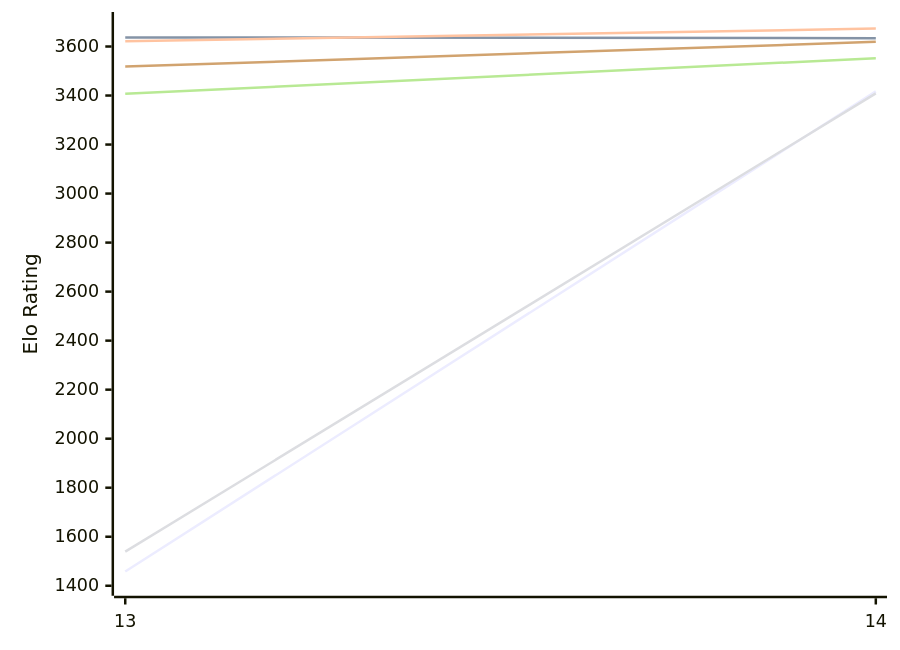
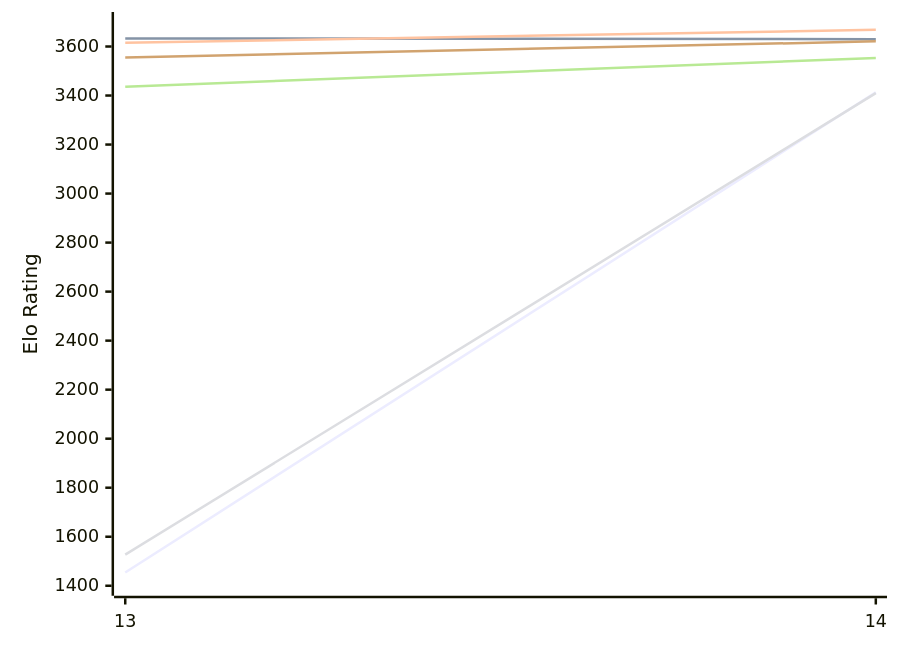
The first of 2 diagrams in engines/Berserk.md (computer-chess-index/cci), drawn with Mermaid before and after one commit. The commit also changed other lines of this file, not shown here.

Commit message:
Update CCI Ratings (ELO VLTC) - 2026-11-21

````diff
--- a/engines/Berserk.md
+++ b/engines/Berserk.md
@@ -50,12 +50,12 @@
 ```mermaid
 %%{init: {"theme":"base","themeVariables":{"seriesColors:['#a3a3a3','#222221','#faa371']}}}%%
 xychart-beta
   x-axis ["13", "14"]
   y-axis "Elo Rating" 1400 --> 3700
-  line "E1: STC (8.0+0.08s)" [1458, 3417]
-  line "E1: LTC (60.0+0.60s)" [3637, 3634]
-  line "E1: VLTC (2m24s+1.12s)" [3621, 3673]
-  line "P1: STC (8.0+0.08s)" [1539, 3409]
-  line "P1: LTC (60.0+0.60s)" [3407, 3552]
-  line "P1: VLTC (2m24s+1.12s)" [3518, 3619]
+  line "E1: STC (8.0+0.08s)" [1454, 3413]
+  line "E1: LTC (60.0+0.60s)" [3633, 3630]
+  line "E1: VLTC (2m24s+1.12s)" [3615, 3668]
+  line "P1: STC (8.0+0.08s)" [1527, 3410]
+  line "P1: LTC (60.0+0.60s)" [3436, 3553]
+  line "P1: VLTC (2m24s+1.12s)" [3555, 3621]
 ```
````
